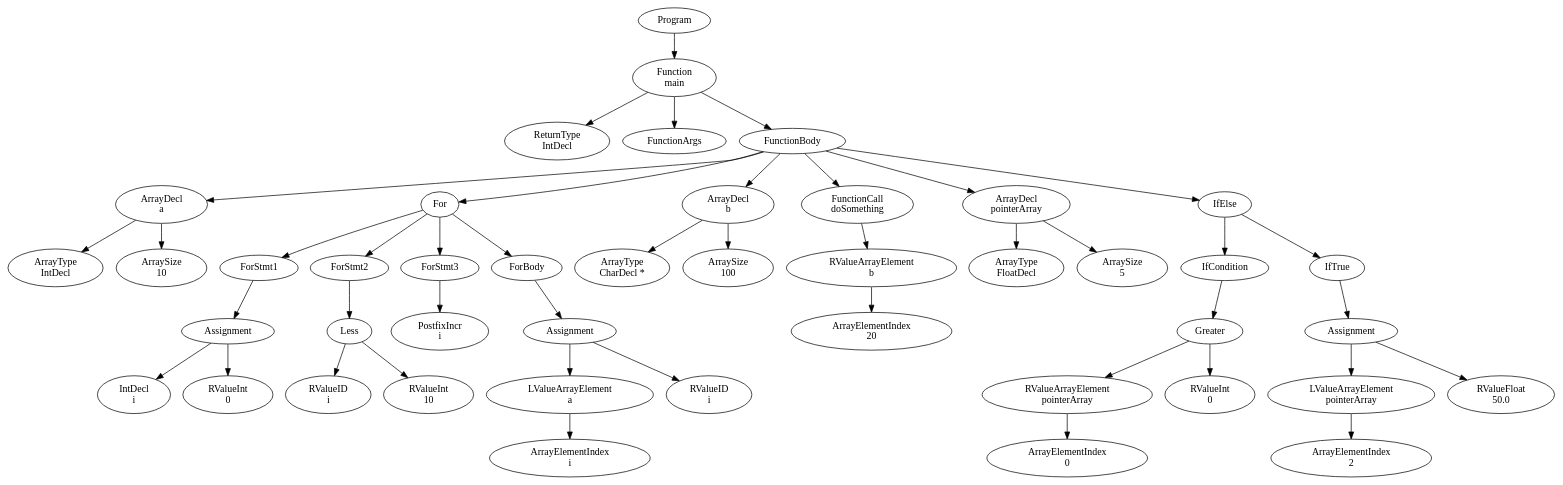
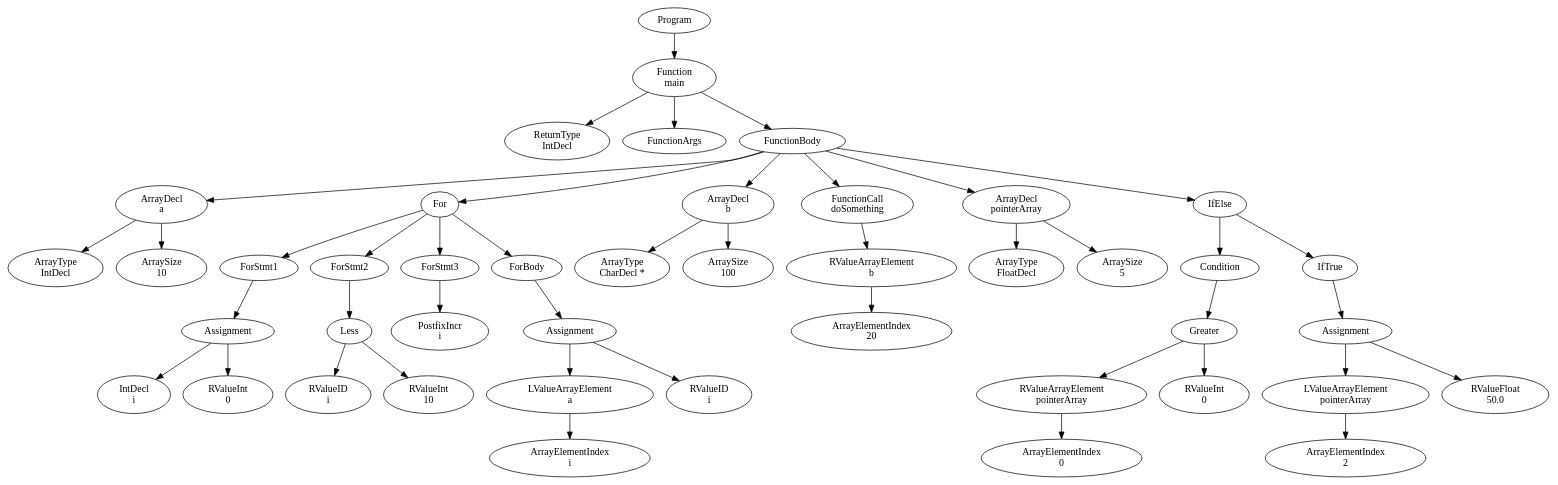
The diagram in official/res/solutions/arrays.dot (FedericoQuin/Compilers), drawn with Graphviz before and after one commit. The commit also changed 15 other files, not shown here.

```diff
--- a/official/res/solutions/arrays.dot
+++ b/official/res/solutions/arrays.dot
@@ -1,89 +1,89 @@
 digraph AST {
 1 [label="Program"];
 2 [label="Function \nmain"];
 3 [label="ReturnType \nIntDecl"];
 4 [label="FunctionArgs"];
 5 [label="FunctionBody"];
 6 [label="ArrayDecl \na"];
 7 [label="ArrayType \nIntDecl"];
 8 [label="ArraySize \n10"];
 6 -> 7;
 6 -> 8;
 9 [label="For"];
 10 [label="ForStmt1"];
 11 [label="Assignment"];
 12 [label="IntDecl \ni"];
 13 [label="RValueInt \n0"];
 11 -> 12;
 11 -> 13;
 10 -> 11;
 14 [label="ForStmt2"];
 15 [label="Less"];
 16 [label="RValueID \ni"];
 17 [label="RValueInt \n10"];
 15 -> 16;
 15 -> 17;
 14 -> 15;
 18 [label="ForStmt3"];
 19 [label="PostfixIncr \ni"];
 18 -> 19;
 20 [label="ForBody"];
 21 [label="Assignment"];
 22 [label="LValueArrayElement \na"];
 23 [label="ArrayElementIndex \ni"];
 22 -> 23;
 24 [label="RValueID \ni"];
 21 -> 22;
 21 -> 24;
 20 -> 21;
 9 -> 10;
 9 -> 14;
 9 -> 18;
 9 -> 20;
 25 [label="ArrayDecl \nb"];
 26 [label="ArrayType \nCharDecl *"];
 27 [label="ArraySize \n100"];
 25 -> 26;
 25 -> 27;
 28 [label="FunctionCall \ndoSomething"];
 29 [label="RValueArrayElement \nb"];
 30 [label="ArrayElementIndex \n20"];
 29 -> 30;
 28 -> 29;
 31 [label="ArrayDecl \npointerArray"];
 32 [label="ArrayType \nFloatDecl"];
 33 [label="ArraySize \n5"];
 31 -> 32;
 31 -> 33;
 34 [label="IfElse"];
-35 [label="IfCondition"];
+35 [label="Condition"];
 36 [label="Greater"];
 37 [label="RValueArrayElement \npointerArray"];
 38 [label="ArrayElementIndex \n0"];
 37 -> 38;
 39 [label="RValueInt \n0"];
 36 -> 37;
 36 -> 39;
 35 -> 36;
 40 [label="IfTrue"];
 41 [label="Assignment"];
 42 [label="LValueArrayElement \npointerArray"];
 43 [label="ArrayElementIndex \n2"];
 42 -> 43;
 44 [label="RValueFloat \n50.0"];
 41 -> 42;
 41 -> 44;
 40 -> 41;
 34 -> 35;
 34 -> 40;
 5 -> 6;
 5 -> 9;
 5 -> 25;
 5 -> 28;
 5 -> 31;
 5 -> 34;
 2 -> 3;
 2 -> 4;
 2 -> 5;
 1 -> 2;
 }
```
